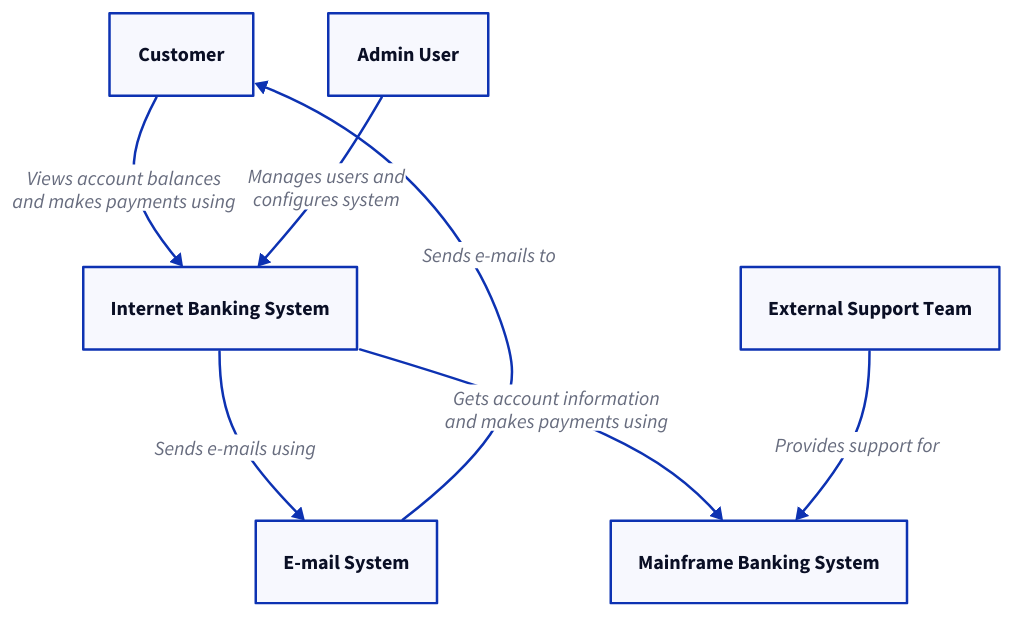
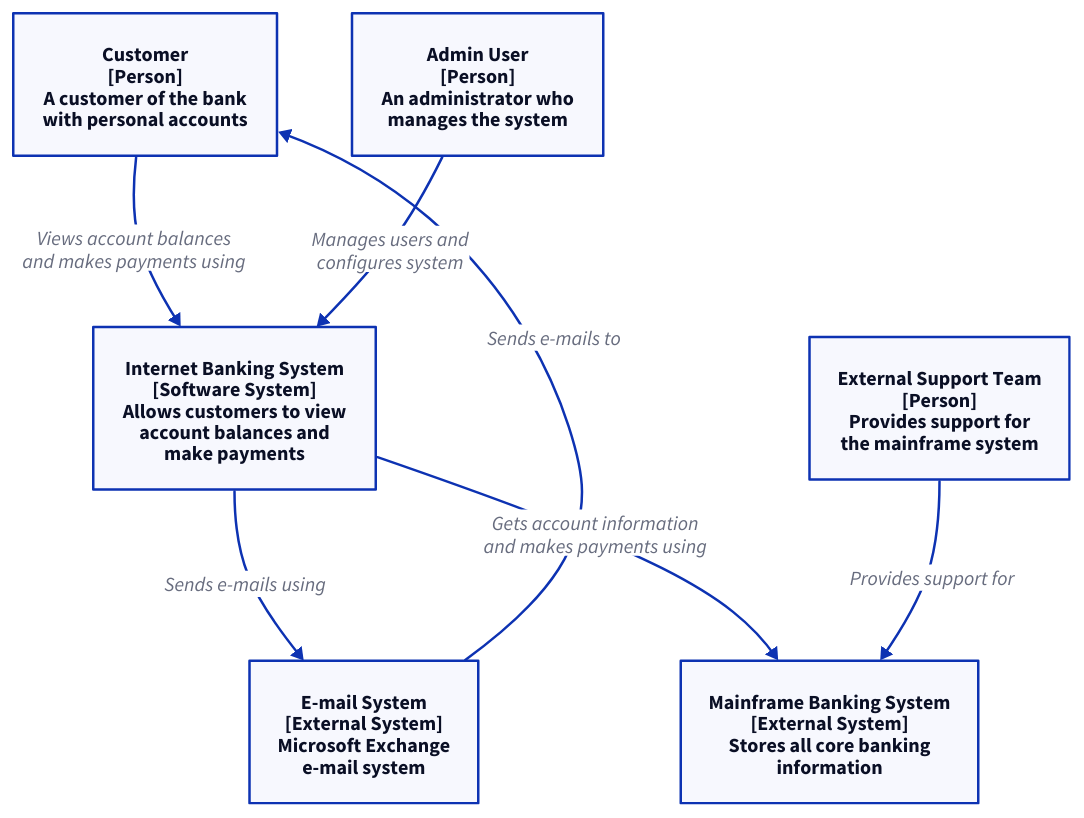
Before and after one commit to barnkob/dsl-diagram-tool: the diagram in examples/c4/04-with-theme.d2, drawn with D2. The commit also changed 3 other files, not shown here.

First line of the commit message:
docs: Add C4 descriptions to example diagrams

```diff
--- a/examples/c4/04-with-theme.d2
+++ b/examples/c4/04-with-theme.d2
@@ -1,51 +1,51 @@
 # C4 System Context Diagram (using C4 theme classes)
 #
 # This example uses the built-in C4 theme classes provided by --c4 mode.
 # No manual color definitions needed!
 #
 # Usage:
 #   diagtool render examples/c4/04-with-theme.d2 --c4 -o context.svg
 #   diagtool serve examples/c4/04-with-theme.d2 --c4
 #
 # Available classes (when using --c4 flag):
 #   c4-person          - Person actor (dark blue)
 #   c4-system          - Software System (medium blue)
 #   c4-container       - Container (light blue)
 #   c4-component       - Component (lightest blue)
 #   c4-external        - External System (gray)
 #   c4-external-person - External Person (gray)
 
 # Actors
-customer: Customer {
+customer: "Customer\n[Person]\nA customer of the bank\nwith personal accounts" {
   class: c4-person
 }
 
-admin: Admin User {
+admin: "Admin User\n[Person]\nAn administrator who\nmanages the system" {
   class: c4-person
 }
 
 # Primary System
-banking: Internet Banking System {
+banking: "Internet Banking System\n[Software System]\nAllows customers to view\naccount balances and\nmake payments" {
   class: c4-system
 }
 
 # External Systems
-email: E-mail System {
+email: "E-mail System\n[External System]\nMicrosoft Exchange\ne-mail system" {
   class: c4-external
 }
 
-mainframe: Mainframe Banking System {
+mainframe: "Mainframe Banking System\n[External System]\nStores all core banking\ninformation" {
   class: c4-external
 }
 
-support: External Support Team {
+support: "External Support Team\n[Person]\nProvides support for\nthe mainframe system" {
   class: c4-external-person
 }
 
 # Relationships
 customer -> banking: Views account balances\nand makes payments using
 admin -> banking: Manages users and\nconfigures system
 banking -> email: Sends e-mails using
 banking -> mainframe: Gets account information\nand makes payments using
 email -> customer: Sends e-mails to
 support -> mainframe: Provides support for
```
